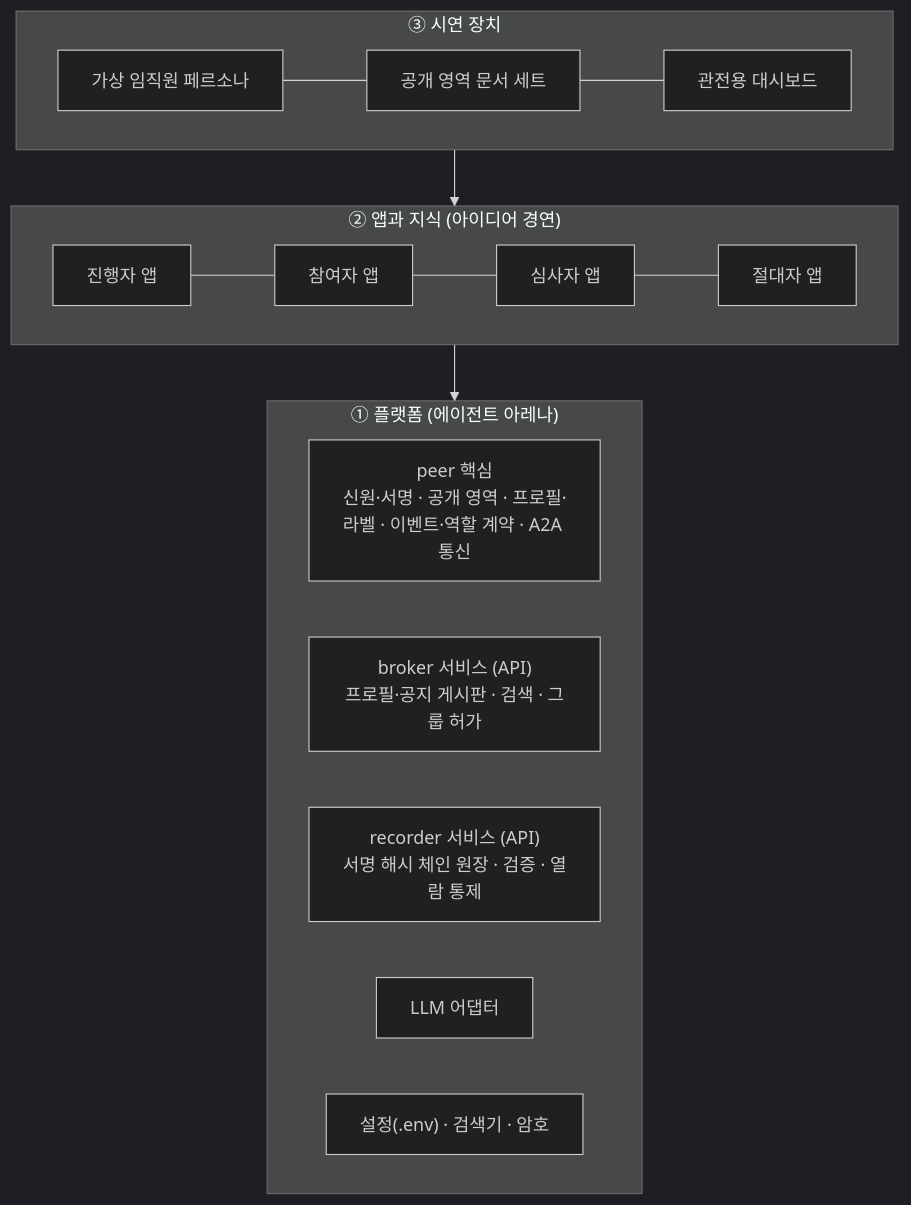
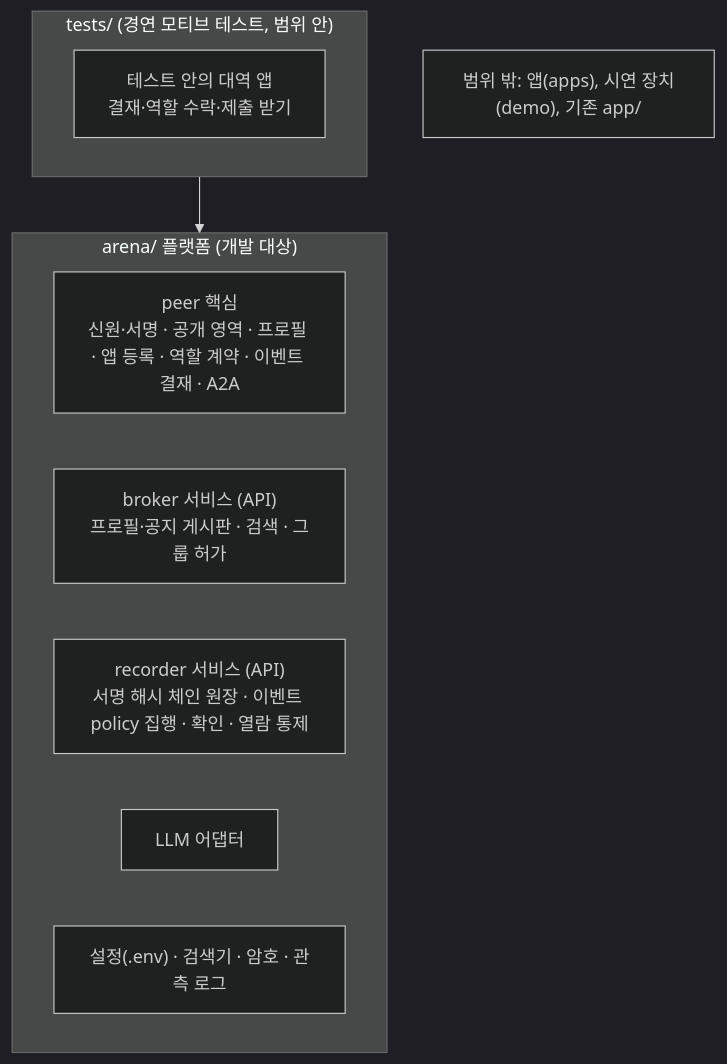
The diagram in dev/plan.md (tanminkwan/share-ur-tokens), drawn with Mermaid (dark theme) before and after one commit. The commit also changed other lines of this file and 18 other files, not shown here.

````diff
--- a/dev/plan.md
+++ b/dev/plan.md
@@ -19,17 +21,15 @@
 ```mermaid
 flowchart TB
-    subgraph L3["③ 시연 장치"]
-        PS["가상 임직원 페르소나"] --- DOC["공개 영역 문서 세트"] --- DASH["관전용 대시보드"]
+    subgraph T["tests/ (경연 모티브 테스트, 범위 안)"]
+        M["테스트 안의 대역 앱<br/>결재·역할 수락·제출 받기"]
     end
-    subgraph L2["② 앱과 지식 (아이디어 경연)"]
-        ORG["진행자 앱"] --- PAR["참여자 앱"] --- JUD["심사자 앱"] --- OVS["절대자 앱"]
+    subgraph L1["arena/ 플랫폼 (개발 대상)"]
+        PEER["peer 핵심<br/>신원·서명 · 공개 영역 · 프로필 · 앱 등록 · 역할 계약 · 이벤트 결재 · A2A"]
+        BRK["broker 서비스 (API)<br/>프로필·공지 게시판 · 검색 · 그룹 허가"]
+        REC["recorder 서비스 (API)<br/>서명 해시 체인 원장 · 이벤트 policy 집행 · 확인 · 열람 통제"]
+        LLM["LLM 어댑터"]
+        CFG["설정(.env) · 검색기 · 암호 · 관측 로그"]
     end
-    subgraph L1["① 플랫폼 (에이전트 아레나)"]
-        PEER["peer 핵심<br/>신원·서명 · 공개 영역 · 프로필·라벨 · 이벤트·역할 계약 · A2A 통신"]
-        BRK["broker 서비스 (API)<br/>프로필·공지 게시판 · 검색 · 그룹 허가"]
-        COL["recorder 서비스 (API)<br/>서명 해시 체인 원장 · 검증 · 열람 통제"]
-        LLM["LLM 어댑터"]
-        CFG["설정(.env) · 검색기 · 암호"]
-    end
-    L3 --> L2 --> L1
+    OUT["범위 밖: 앱(apps), 시연 장치(demo), 기존 app/"]
+    T --> L1
 ```
````
